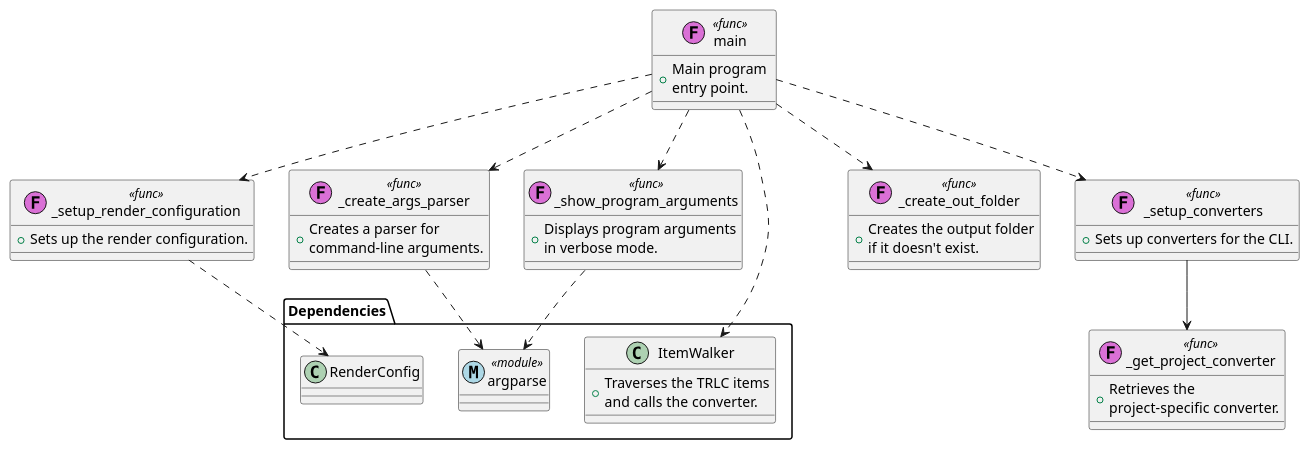
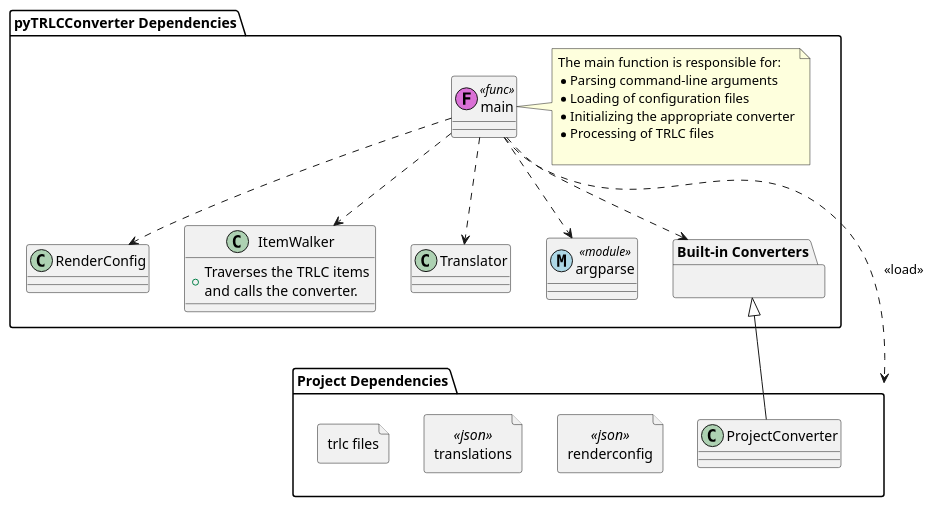
One commit to NewTec-GmbH/pyTRLCConverter changed the diagram in doc/architecture/components/comp_main.puml. Above: the diagram before and after it, drawn with PlantUML. The commit also changed 12 other files, not shown here.

```diff
--- a/doc/architecture/components/comp_main.puml
+++ b/doc/architecture/components/comp_main.puml
@@ -1,50 +1,60 @@
 @startuml
 
- class _create_args_parser << (F,orchid) func>> {
-     + Creates a parser for\ncommand-line arguments.
- }
-class _setup_converters << (F,orchid) func>> {
-     + Sets up converters for the CLI.
- }
-class _show_program_arguments << (F,orchid) func>> {
-     + Displays program arguments\nin verbose mode.
- }
-class _setup_render_configuration << (F,orchid) func>> {
-     + Sets up the render configuration.
- }
-class _get_project_converter << (F,orchid) func>> {
-     + Retrieves the\nproject-specific converter.
- }
-class _create_out_folder << (F,orchid) func>> {
-     + Creates the output folder\nif it doesn't exist.
- }
+package "pyTRLCConverter Dependencies" as pytrlc_deps {
+    class main << (F,orchid) func>> >> {
+     }
 
-class main << (F,orchid) func>> >> {
-     + Main program \nentry point.
- }
+    note right of main
+        The main function is responsible for:
+        * Parsing command-line arguments
+        * Loading of configuration files
+        * Initializing the appropriate converter
+        * Processing of TRLC files
 
-' Define external dependencies
-package "Dependencies" {
-    class argparse <<(M ,lightblue) module>>{
-    }
+    end note
 
     class RenderConfig  {
     }
 
     class ItemWalker {
      + Traverses the TRLC items\nand calls the converter.
     }
+
+    class Translator {
+
+    }
+    package "Built-in Converters" as int_converters {
+
+    }
+
+    class argparse <<(M ,lightblue) module>>{
+    }
  }
 
-' Relationships
-_create_args_parser ..> argparse
-_show_program_arguments ..> argparse
-_setup_render_configuration ..> RenderConfig
-main ..> _create_args_parser
-main ..> _setup_converters
-main ..> _show_program_arguments
-main ..> _setup_render_configuration
-main ..> _create_out_folder
-main ...> ItemWalker
-_setup_converters --> _get_project_converter
+package "Project Dependencies" as proj_deps {
+
+
+    class ProjectConverter {
+    }
+
+    file "renderconfig" <<json>> {
+    }
+
+    file "translations" <<json>> {
+    }
+
+    file "trlc files" {
+
+    }
+}
+
+'proj_deps .u[hidden]. pytrlc_deps
+ProjectConverter --|> int_converters
+
+main ..> ItemWalker
+main ..> Translator
+main ..> RenderConfig
+main ..> argparse
+main ..> int_converters
+main ..-> proj_deps: <<load>>
 @enduml
```
